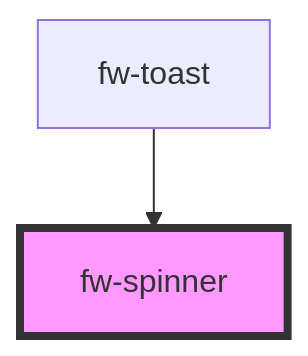
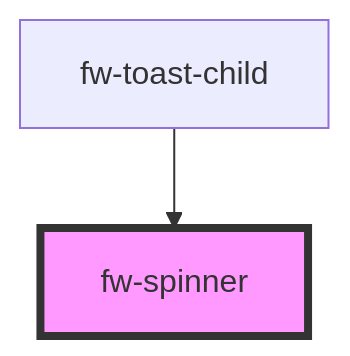
Before and after one commit to freshworks/crayons: the diagram in packages/crayons-core/src/components/spinner/readme.md, drawn with Mermaid. The commit also changed other lines of this file and 22 other files, not shown here.

````diff
--- a/packages/crayons-core/src/components/spinner/readme.md
+++ b/packages/crayons-core/src/components/spinner/readme.md
@@ -38,5 +38,5 @@
 ```mermaid
 graph TD;
-  fw-toast --> fw-spinner
+  fw-toast-child --> fw-spinner
   style fw-spinner fill:#f9f,stroke:#333,stroke-width:4px
 ```
````
